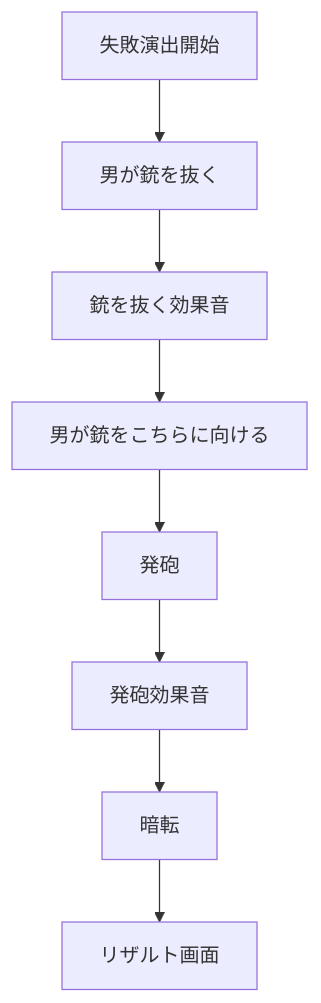
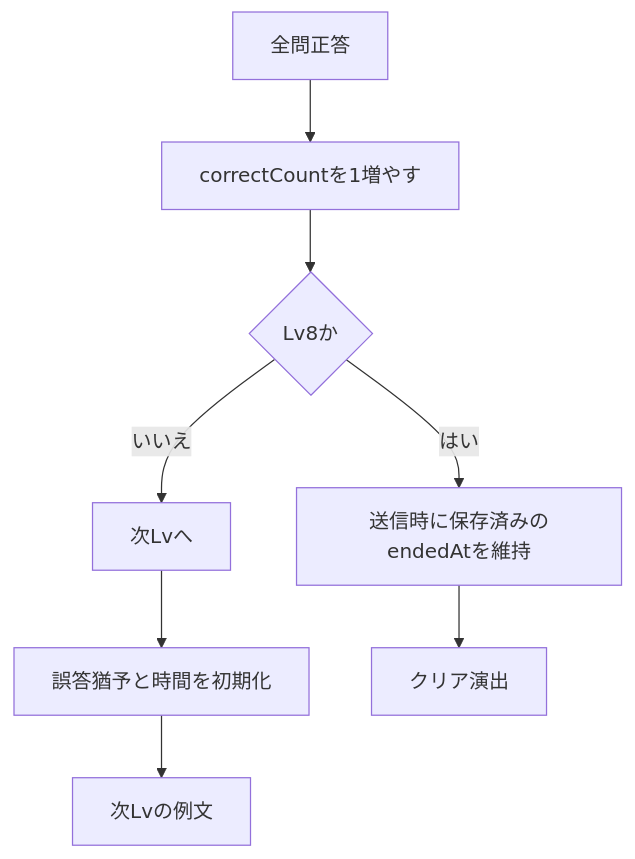
One commit to lycanthr0pes/language-deciphering-game changed diagram 11 of 13 in docs/project-flow.md. Above: the diagram before and after it, drawn with Mermaid. The commit also changed other lines of this file and 12 other files, not shown here.

````diff
--- a/docs/project-flow.md
+++ b/docs/project-flow.md
@@ -227,10 +229,10 @@
 ```mermaid
 flowchart TD
-    A[失敗演出開始] --> B[男が銃を抜く]
-    B --> C[銃を抜く効果音]
-    C --> D[男が銃をこちらに向ける]
-    D --> E[発砲]
-    E --> F[発砲効果音]
-    F --> G[暗転]
-    G --> H[リザルト画面]
+    A[全問正答] --> B[correctCountを1増やす]
+    B --> C{Lv8か}
+    C -->|いいえ| D[次Lvへ]
+    D --> E[誤答猶予と時間を初期化]
+    E --> F[次Lvの例文]
+    C -->|はい| G[送信時に保存済みのendedAtを維持]
+    G --> H[クリア演出]
 ```
````
